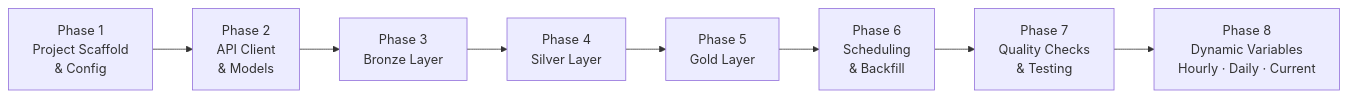
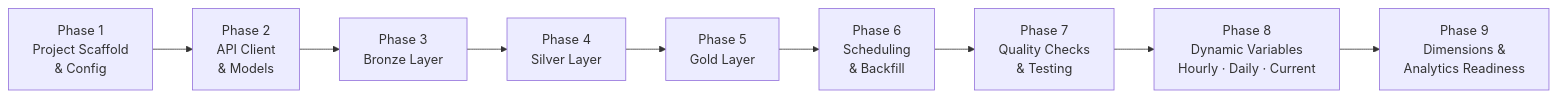
Before and after one commit to datvuong/weather_forecast: the first of 2 diagrams in docs/implementation-plan.md, drawn with Mermaid. The commit also changed other lines of this file, not shown here.

First line of the commit message:
docs: Phase 9 plan — dimensions and analytics readiness

````diff
--- a/docs/implementation-plan.md
+++ b/docs/implementation-plan.md
@@ -19,13 +19,14 @@
 ```mermaid
 flowchart LR
     P1["Phase 1<br/>Project Scaffold<br/>& Config"]
     P2["Phase 2<br/>API Client<br/>& Models"]
     P3["Phase 3<br/>Bronze Layer"]
     P4["Phase 4<br/>Silver Layer"]
     P5["Phase 5<br/>Gold Layer"]
     P6["Phase 6<br/>Scheduling<br/>& Backfill"]
     P7["Phase 7<br/>Quality Checks<br/>& Testing"]
     P8["Phase 8<br/>Dynamic Variables<br/>Hourly · Daily · Current"]
+    P9["Phase 9<br/>Dimensions &<br/>Analytics Readiness"]
 
-    P1 --> P2 --> P3 --> P4 --> P5 --> P6 --> P7 --> P8
+    P1 --> P2 --> P3 --> P4 --> P5 --> P6 --> P7 --> P8 --> P9
 ```
````
